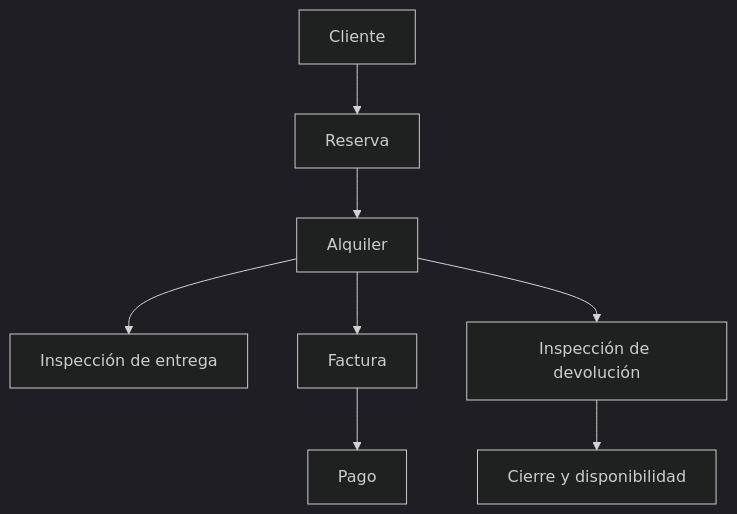
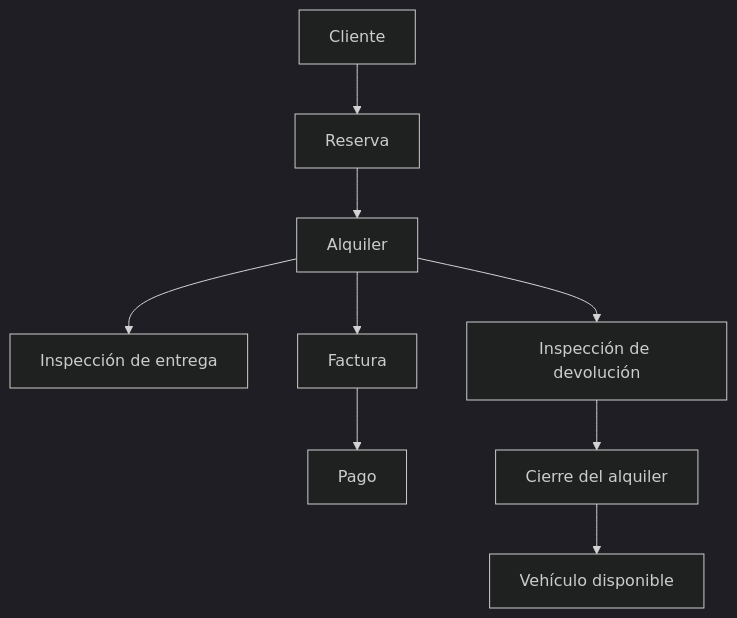
Before and after one commit to Jairo0811/RentaDrive: the diagram in README.md, drawn with Mermaid (dark theme). The commit also changed other lines of this file, not shown here.

````diff
--- a/README.md
+++ b/README.md
@@ -55,10 +65,11 @@
 ```mermaid
 flowchart TD
-    A["Cliente"] --> B["Reserva"]
-    B --> C["Alquiler"]
-    C --> D["Inspección de entrega"]
-    C --> E["Factura"]
-    E --> F["Pago"]
-    C --> G["Inspección de devolución"]
-    G --> H["Cierre y disponibilidad"]
+    A[Cliente] --> B[Reserva]
+    B --> C[Alquiler]
+    C --> D[Inspección de entrega]
+    C --> E[Factura]
+    E --> F[Pago]
+    C --> G[Inspección de devolución]
+    G --> H[Cierre del alquiler]
+    H --> I[Vehículo disponible]
 ```
````
